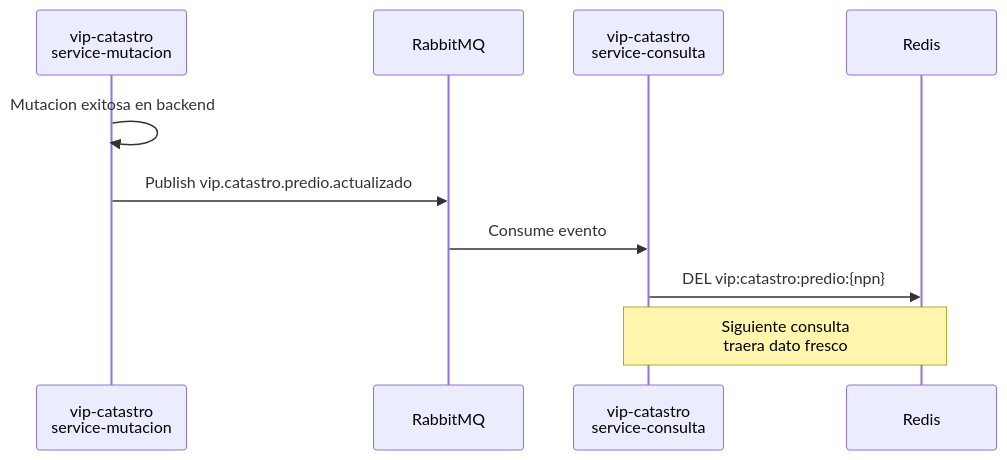
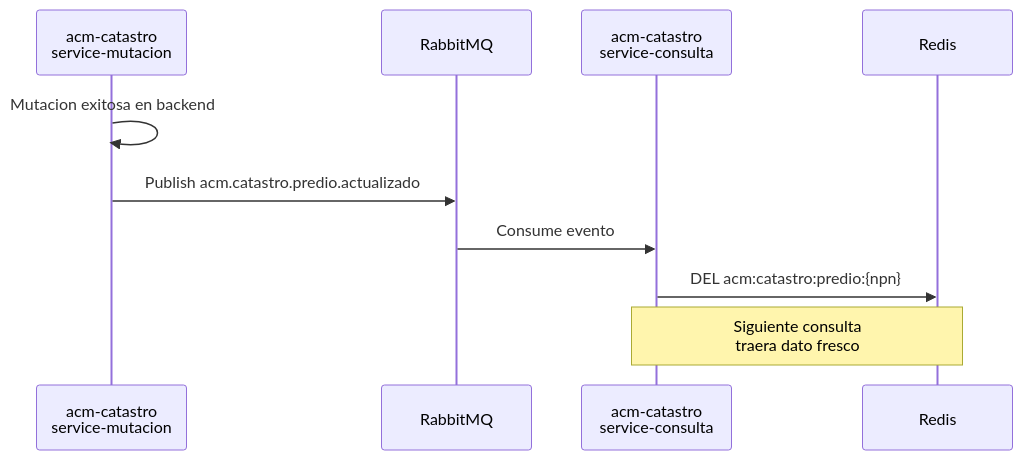
One commit to Fsega08/vip-lineamientos-wiki changed the fifth of 5 diagrams in overview.md. Above: the diagram before and after it, drawn with Mermaid. The commit also changed other lines of this file and 17 other files, not shown here.

First line of the commit message:
Cambiar prefijo de vip a acm en toda la wiki

````diff
--- a/overview.md
+++ b/overview.md
@@ -189,13 +189,13 @@
 ```mermaid
 sequenceDiagram
-    participant CM as vip-catastro<br>service-mutacion
+    participant CM as acm-catastro<br>service-mutacion
     participant RQ as RabbitMQ
-    participant CC as vip-catastro<br>service-consulta
+    participant CC as acm-catastro<br>service-consulta
     participant RD as Redis
 
     CM->>CM: Mutacion exitosa en backend
-    CM->>RQ: Publish vip.catastro.predio.actualizado
+    CM->>RQ: Publish acm.catastro.predio.actualizado
     RQ->>CC: Consume evento
-    CC->>RD: DEL vip:catastro:predio:{npn}
+    CC->>RD: DEL acm:catastro:predio:{npn}
     Note over CC,RD: Siguiente consulta<br>traera dato fresco
 ```
````
